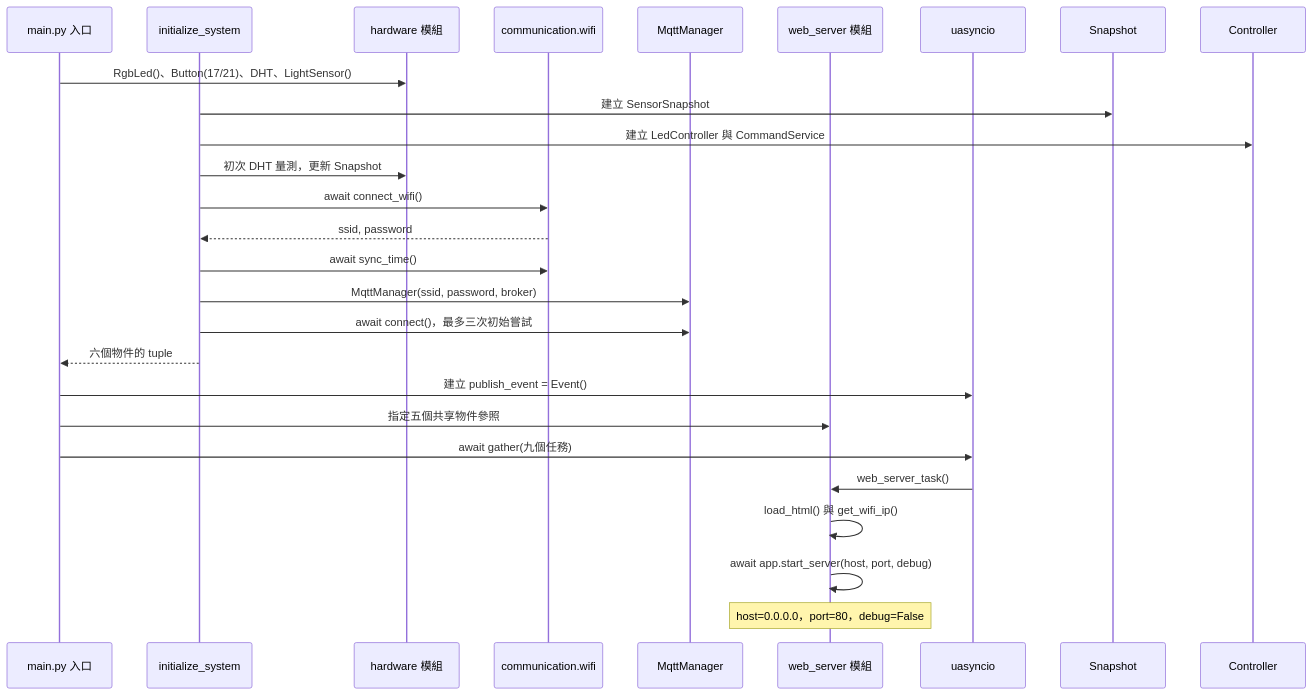
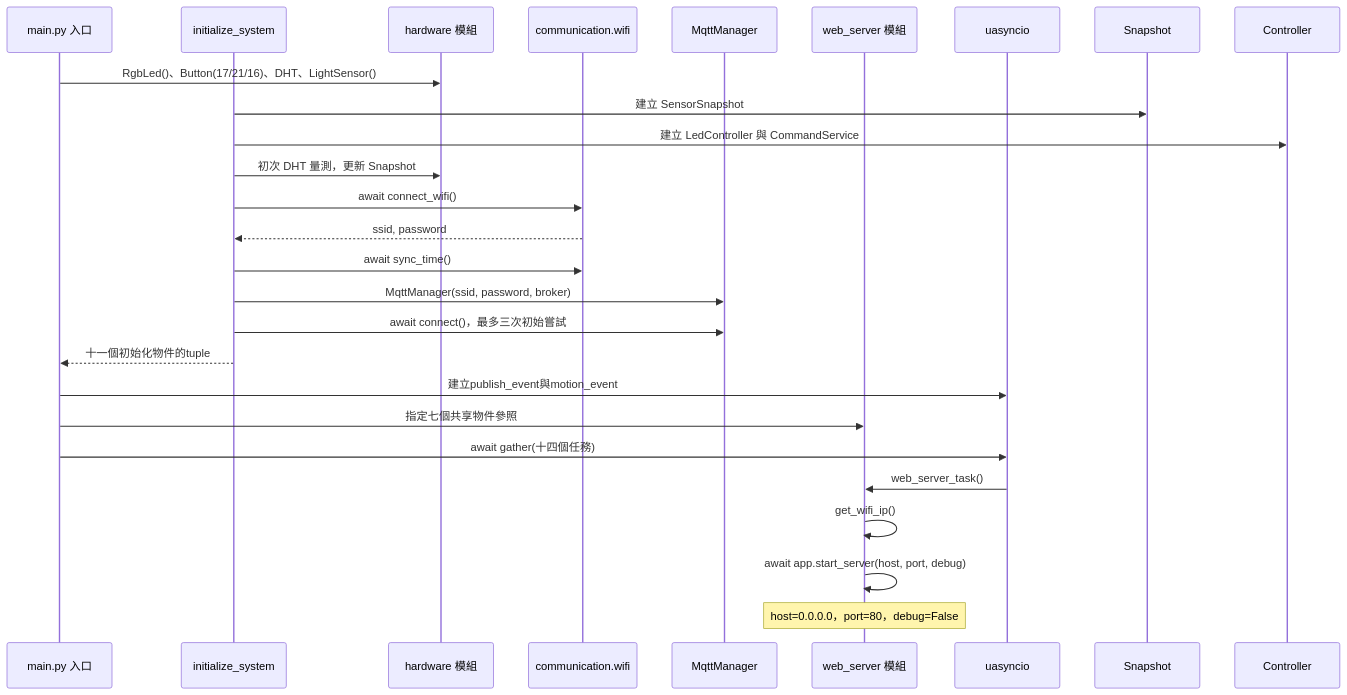
One commit to change918418-tech/IoT_Course changed the second of 12 diagrams in WEB_UI_EXECUTION_GUIDE.md. Above: the diagram before and after it, drawn with Mermaid. The commit also changed other lines of this file and 30 other files, not shown here.

````diff
--- a/WEB_UI_EXECUTION_GUIDE.md
+++ b/WEB_UI_EXECUTION_GUIDE.md
@@ -61,27 +61,27 @@
 ```mermaid
 sequenceDiagram
     participant Entry as main.py 入口
     participant Init as initialize_system
     participant HW as hardware 模組
     participant WiFi as communication.wifi
     participant MQTT as MqttManager
     participant Web as web_server 模組
     participant Scheduler as uasyncio
-    Entry->>HW: RgbLed()、Button(17/21)、DHT、LightSensor()
+    Entry->>HW: RgbLed()、Button(17/21/16)、DHT、LightSensor()
     Init->>Snapshot: 建立 SensorSnapshot
     Init->>Controller: 建立 LedController 與 CommandService
     Init->>HW: 初次 DHT 量測，更新 Snapshot
     Init->>WiFi: await connect_wifi()
     WiFi-->>Init: ssid, password
     Init->>WiFi: await sync_time()
     Init->>MQTT: MqttManager(ssid, password, broker)
     Init->>MQTT: await connect()，最多三次初始嘗試
-    Init-->>Entry: 六個物件的 tuple
-    Entry->>Scheduler: 建立 publish_event = Event()
-    Entry->>Web: 指定五個共享物件參照
-    Entry->>Scheduler: await gather(九個任務)
+    Init-->>Entry: 十一個初始化物件的tuple
+    Entry->>Scheduler: 建立publish_event與motion_event
+    Entry->>Web: 指定七個共享物件參照
+    Entry->>Scheduler: await gather(十四個任務)
     Scheduler->>Web: web_server_task()
-    Web->>Web: load_html() 與 get_wifi_ip()
+    Web->>Web: get_wifi_ip()
     Web->>Web: await app.start_server(host, port, debug)
     Note over Web: host=0.0.0.0，port=80，debug=False
 ```
````
